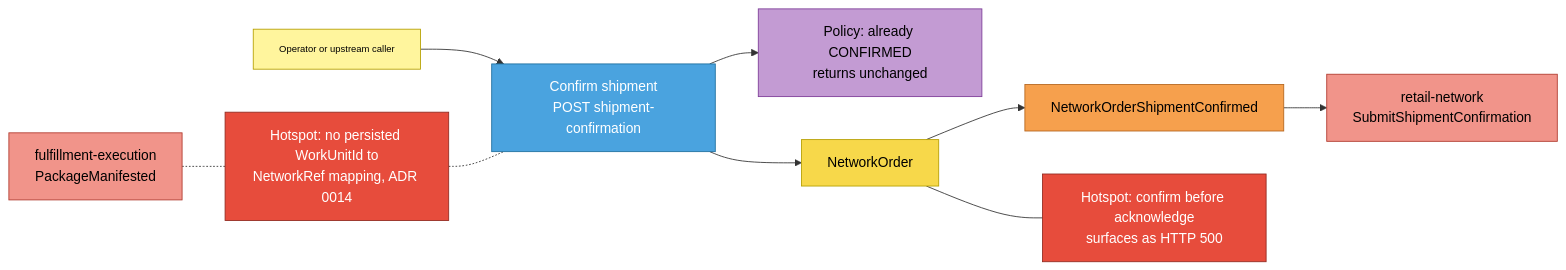
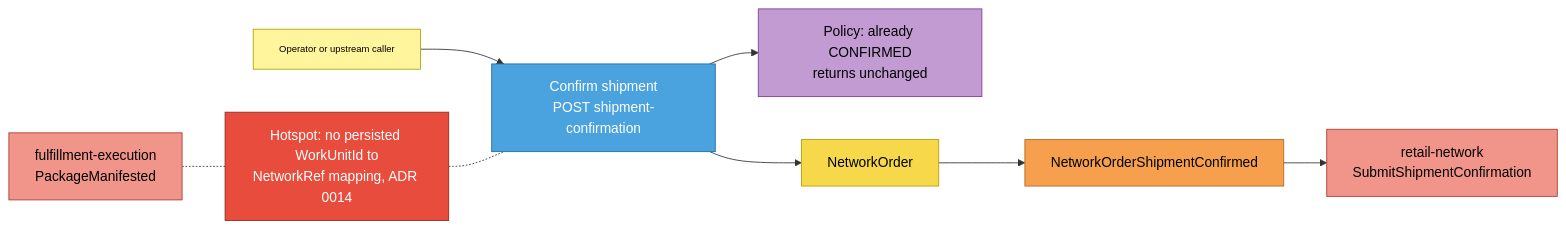
The fourth of 5 diagrams in docs/contexts/network-fulfillment/eventstorming.md (IQVO/warehouse-docs), drawn with Mermaid before and after one commit. The commit also changed other lines of this file and 107 other files, not shown here.

````diff
--- a/docs/contexts/network-fulfillment/eventstorming.md
+++ b/docs/contexts/network-fulfillment/eventstorming.md
@@ -170,29 +168,27 @@
 ```mermaid
 flowchart LR
     OP["Operator or upstream caller"]:::actor
     C1["Confirm shipment<br/>POST shipment-confirmation"]:::command
     POL1["Policy: already CONFIRMED<br/>returns unchanged"]:::policy
     G1["NetworkOrder"]:::aggregate
     E1["NetworkOrderShipmentConfirmed"]:::event
     NW["retail-network<br/>SubmitShipmentConfirmation"]:::external
     FE["fulfillment-execution<br/>PackageManifested"]:::external
     H1["Hotspot: no persisted WorkUnitId to<br/>NetworkRef mapping, ADR 0014"]:::hotspot
-    H2["Hotspot: confirm before acknowledge<br/>surfaces as HTTP 500"]:::hotspot
 
     OP --> C1
     C1 --> POL1
     C1 --> G1
     G1 --> E1
     E1 --> NW
     FE -.- H1
     H1 -.- C1
-    G1 --- H2
 
     classDef actor fill:#fff59d,stroke:#b59f00,color:#000,font-size:11px
     classDef command fill:#4aa3df,stroke:#1f6f9f,color:#fff
     classDef aggregate fill:#f7d84a,stroke:#b59f00,color:#000
     classDef event fill:#f6a04d,stroke:#b5651d,color:#000
     classDef policy fill:#c39bd3,stroke:#7d3c98,color:#000
     classDef external fill:#f1948a,stroke:#b03a2e,color:#000
     classDef hotspot fill:#e74c3c,stroke:#922b21,color:#fff
 ```
````
